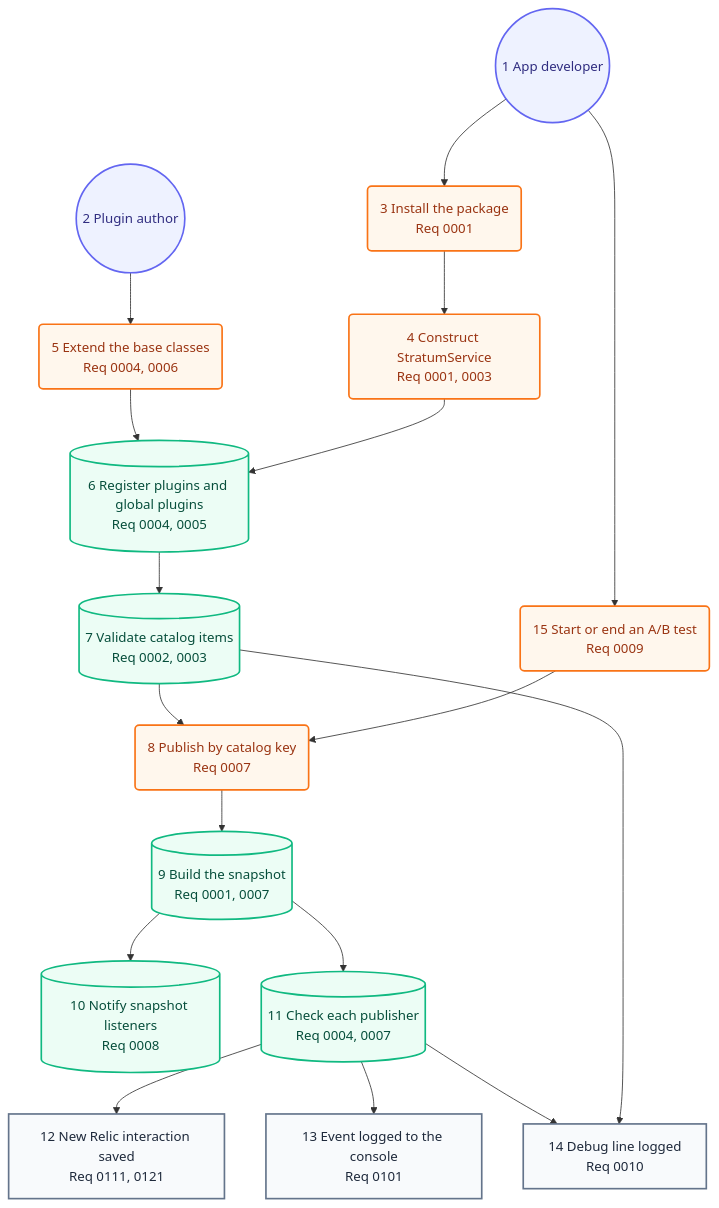
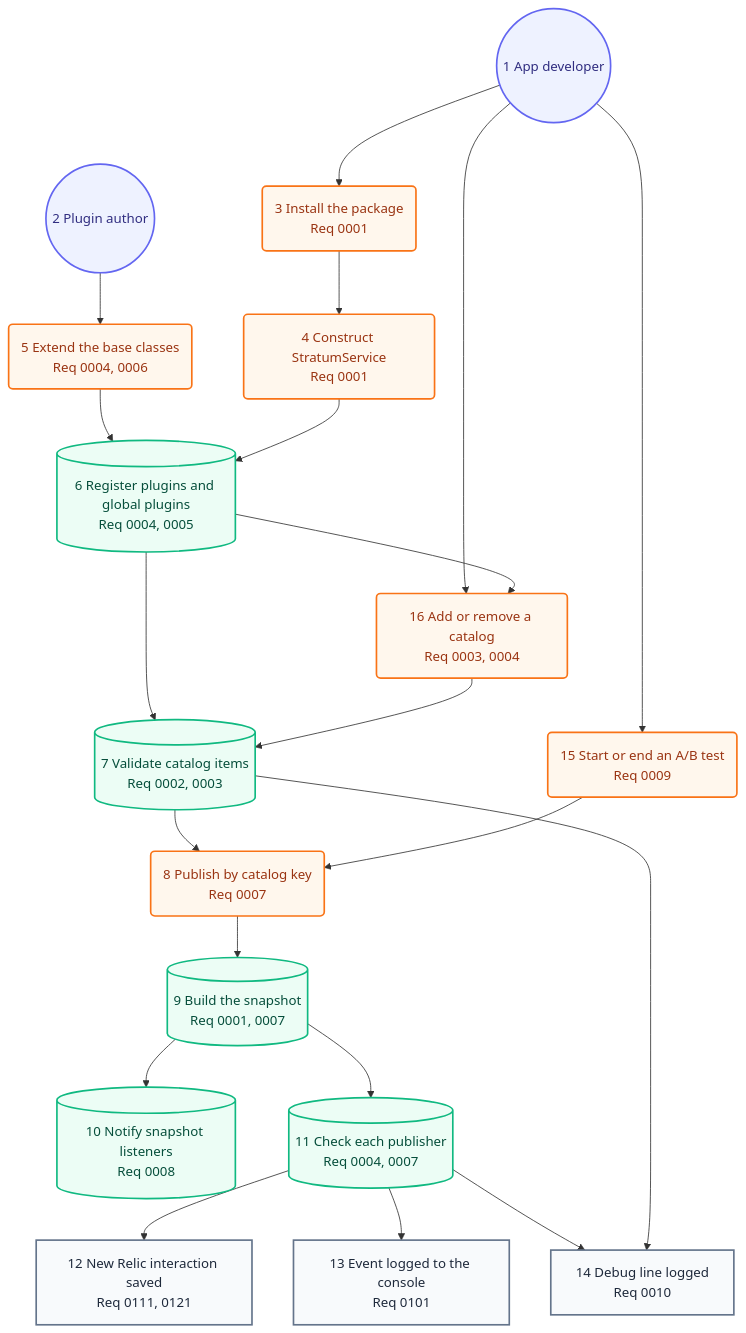
One commit to may-journal/Stratum-Observability changed the second of 2 diagrams in docs/architecture/05-user-journey.md. Above: the diagram before and after it, drawn with Mermaid. The commit also changed other lines of this file and 8 other files, not shown here.

First line of the commit message:
docs(architecture): add a start page, flow diagrams and fix drift

````diff
--- a/docs/architecture/05-user-journey.md
+++ b/docs/architecture/05-user-journey.md
@@ -31,40 +31,44 @@
 ```mermaid
 flowchart TB
     developer((1 App developer)):::persona
     pluginAuthor((2 Plugin author)):::persona
     install(3 Install the package<br/>Req 0001):::action
-    construct(4 Construct StratumService<br/>Req 0001, 0003):::action
+    construct(4 Construct StratumService<br/>Req 0001):::action
     writePlugin(5 Extend the base classes<br/>Req 0004, 0006):::action
     registerPlugins[(6 Register plugins and global plugins<br/>Req 0004, 0005)]:::system
     validate[(7 Validate catalog items<br/>Req 0002, 0003)]:::system
     publish(8 Publish by catalog key<br/>Req 0007):::action
     snapshot[(9 Build the snapshot<br/>Req 0001, 0007)]:::system
     listeners[(10 Notify snapshot listeners<br/>Req 0008)]:::system
     dispatch[(11 Check each publisher<br/>Req 0004, 0007)]:::system
     newRelicOut[12 New Relic interaction saved<br/>Req 0111, 0121]:::screen
     consoleOut[13 Event logged to the console<br/>Req 0101]:::screen
     debugOut[14 Debug line logged<br/>Req 0010]:::screen
     abTest(15 Start or end an A/B test<br/>Req 0009):::action
+    changeCatalog(16 Add or remove a catalog<br/>Req 0003, 0004):::action
 
     developer --> install
     install --> construct
     pluginAuthor --> writePlugin
     writePlugin --> registerPlugins
     construct --> registerPlugins
     registerPlugins --> validate
     validate --> publish
     abTest --> publish
     developer --> abTest
+    developer --> changeCatalog
+    registerPlugins --> changeCatalog
+    changeCatalog --> validate
     publish --> snapshot
     snapshot --> listeners
     snapshot --> dispatch
     dispatch --> newRelicOut
     dispatch --> consoleOut
     dispatch --> debugOut
     validate --> debugOut
 
     classDef persona fill:#eef2ff,stroke:#6366f1,color:#312e81,stroke-width:2px
     classDef screen fill:#f8fafc,stroke:#64748b,color:#1e293b,stroke-width:2px
     classDef action fill:#fff7ed,stroke:#f97316,color:#9a3412,stroke-width:2px
     classDef system fill:#ecfdf5,stroke:#10b981,color:#064e3b,stroke-width:2px
 ```
````
